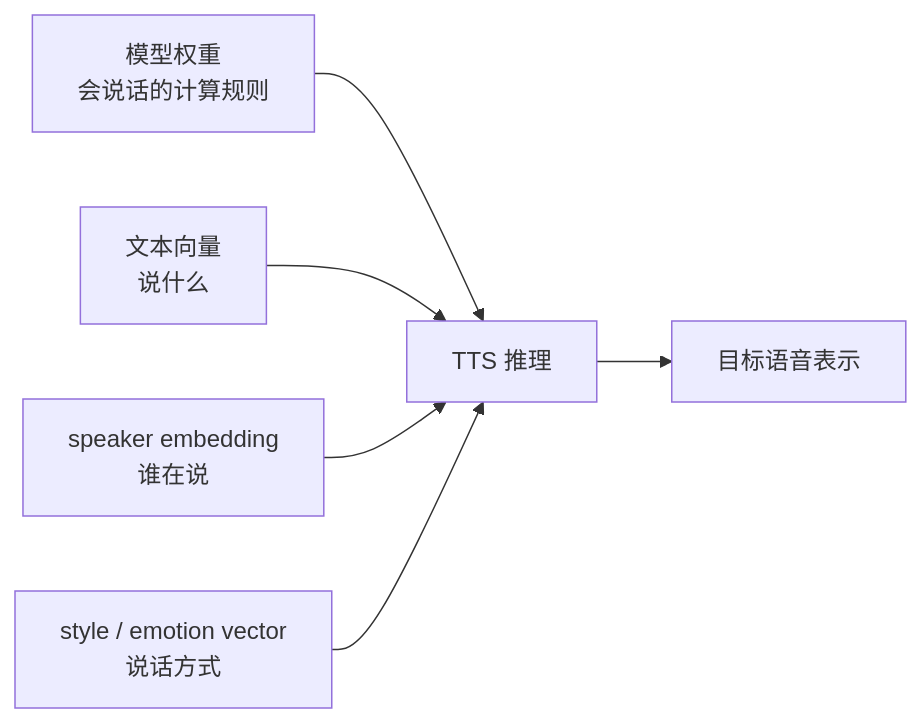
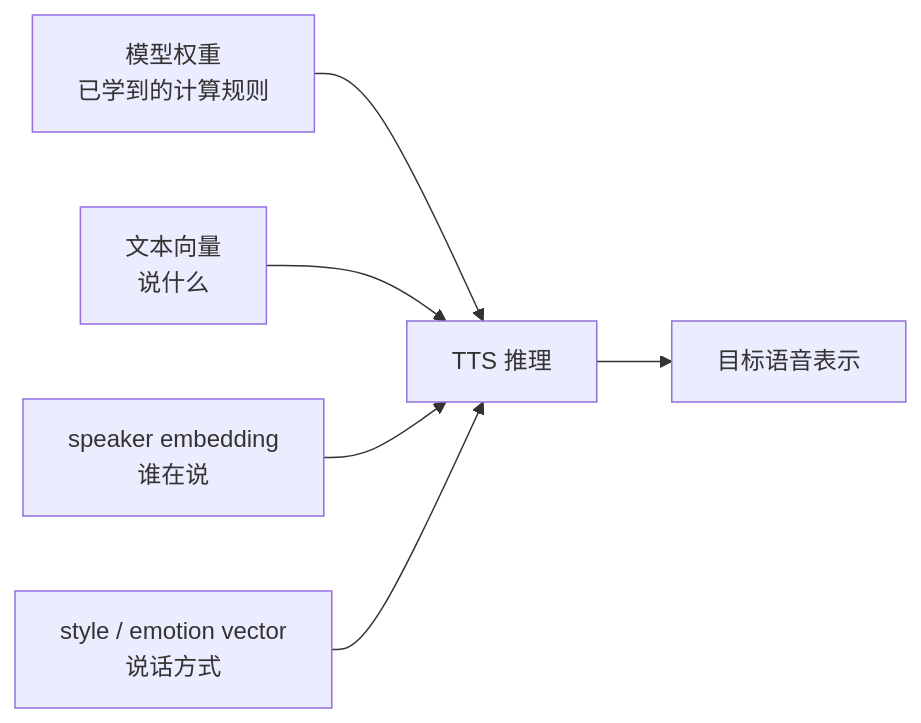
Before and after one commit to dugenkui03/OmniVoice: the seventh of 14 diagrams in books/chapter08_声学模型.md, drawn with Mermaid. The commit also changed other lines of this file and 14 other files, not shown here.

````diff
--- a/books/chapter08_声学模型.md
+++ b/books/chapter08_声学模型.md
@@ -171,8 +274,8 @@
 ```mermaid
 flowchart LR
-    A["模型权重<br/>会说话的计算规则"] --> D["TTS 推理"]
+    A["模型权重<br/>已学到的计算规则"] --> D["TTS 推理"]
     B["文本向量<br/>说什么"] --> D
     C["speaker embedding<br/>谁在说"] --> D
     E["style / emotion vector<br/>说话方式"] --> D
     D --> F["目标语音表示"]
 ```
````
